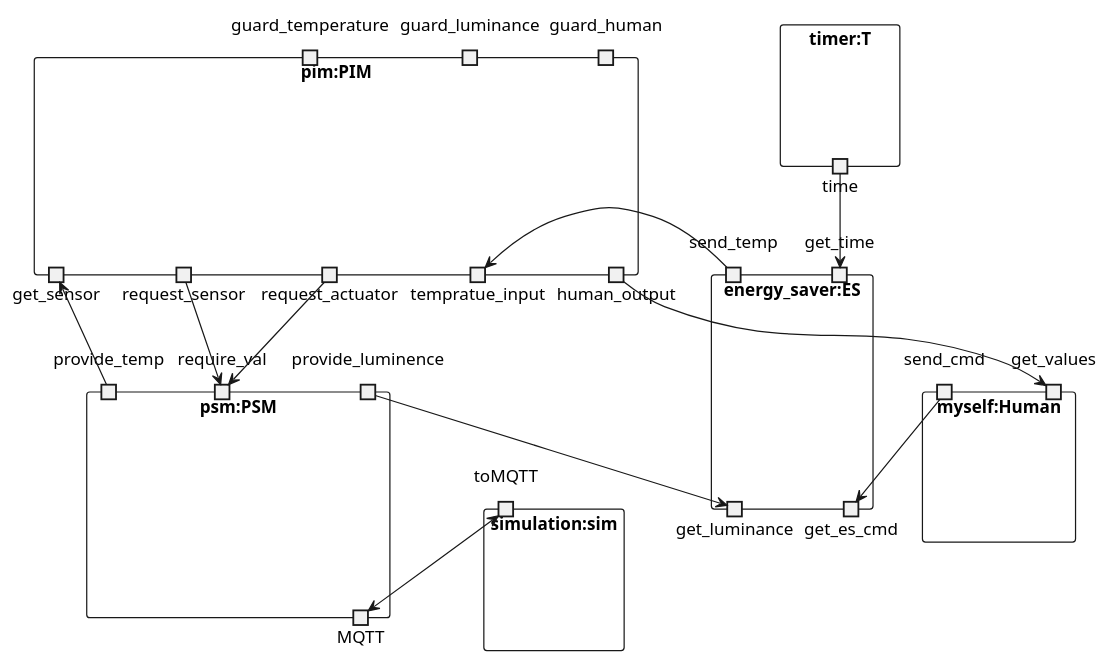
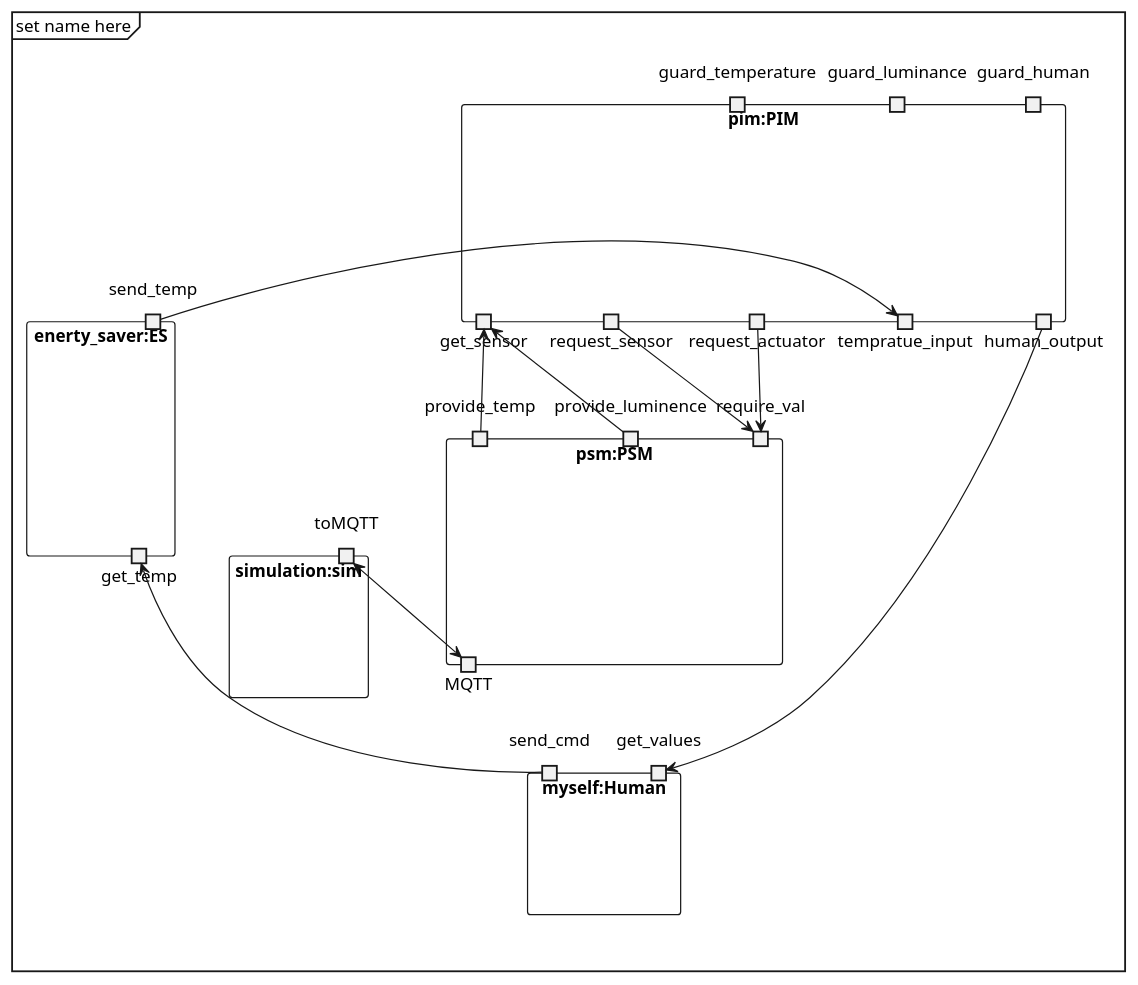
Before and after one commit to Tobhal/HIOF-Models-and-Digital-Twins: the diagram in Oblig1/architecture.plantuml, drawn with PlantUML. The commit also changed 8 other files, not shown here.

```diff
--- a/Oblig1/architecture.plantuml
+++ b/Oblig1/architecture.plantuml
@@ -1,65 +1,58 @@
 @startuml X3D2_MQTT_SIM
+mainframe set name here
 
 'HUMAN
 rectangle myself:Human {
     port send_cmd
     
     portin get_values
-}
-
-rectangle timer:T {
-    portout time
 }
 
 'PIM
 rectangle pim:PIM {
     portout get_sensor
     portout request_sensor
     portout request_actuator
     portout tempratue_input
     portout human_output
 
     'guards
     port guard_temperature
     port guard_luminance
     port guard_human
 }
 
 'PSM
 rectangle psm:PSM {
     portin provide_temp
     portin provide_luminence
     portin require_val
     portin require_val
 
     portout MQTT
 }
 
 'SIM
 rectangle simulation:sim {
     port toMQTT
 }
 
 'energy saver
-rectangle energy_saver:ES {
+rectangle enerty_saver:ES {
     portin send_temp
-    portin get_time
 
-    portout get_es_cmd
-    portout get_luminance
+    portout get_temp
 }
  
 provide_temp --> get_sensor
-provide_luminence --> get_luminance
+provide_luminence --> get_sensor
 
-send_cmd --> get_es_cmd
-send_temp ---> tempratue_input
+send_cmd --> get_temp
+send_temp -> tempratue_input
  
 request_sensor --> require_val
 request_actuator --> require_val
 human_output -----> get_values
  
-time --> get_time
-
 toMQTT <--> MQTT
 @enduml
```
